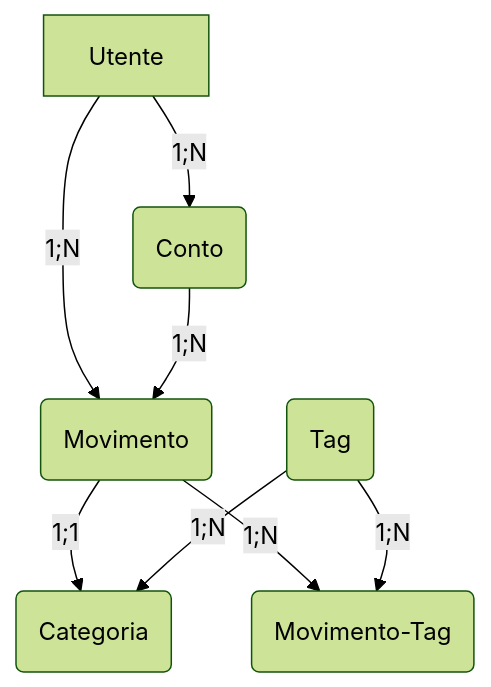
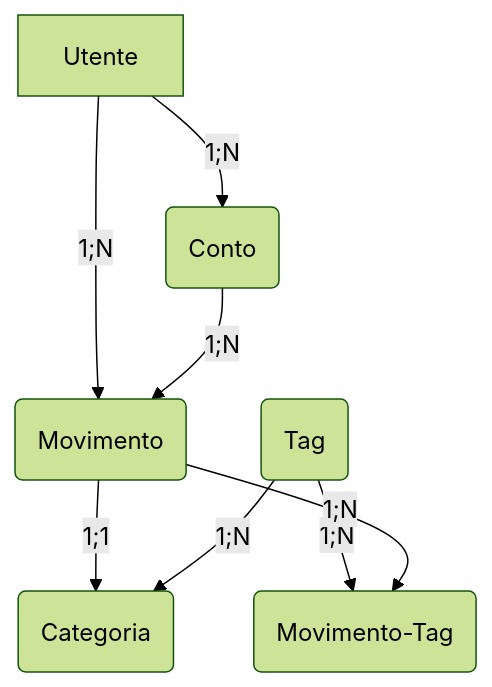
One commit to StetoVillans/SV-ErMoneiTracher changed the diagram in README.MD. Above: the diagram before and after it, drawn with Mermaid (forest theme). The commit also changed other lines of this file, not shown here.

````diff
--- a/README.MD
+++ b/README.MD
@@ -29,10 +29,10 @@
 ``` mermaid
 flowchart TD
     A[Utente] -->|1;N| B(Movimento)
     A[Utente] -->|1;N| C(Conto)
+    E(Tag) --> |1;N| F
     B --> |1;1| D(Categoria)
     B --> |1;N| F(Movimento-Tag)
-    E(Tag) --> |1;N| F
     C --> |1;N| B
     E --> |1;N| D
 ```
````
